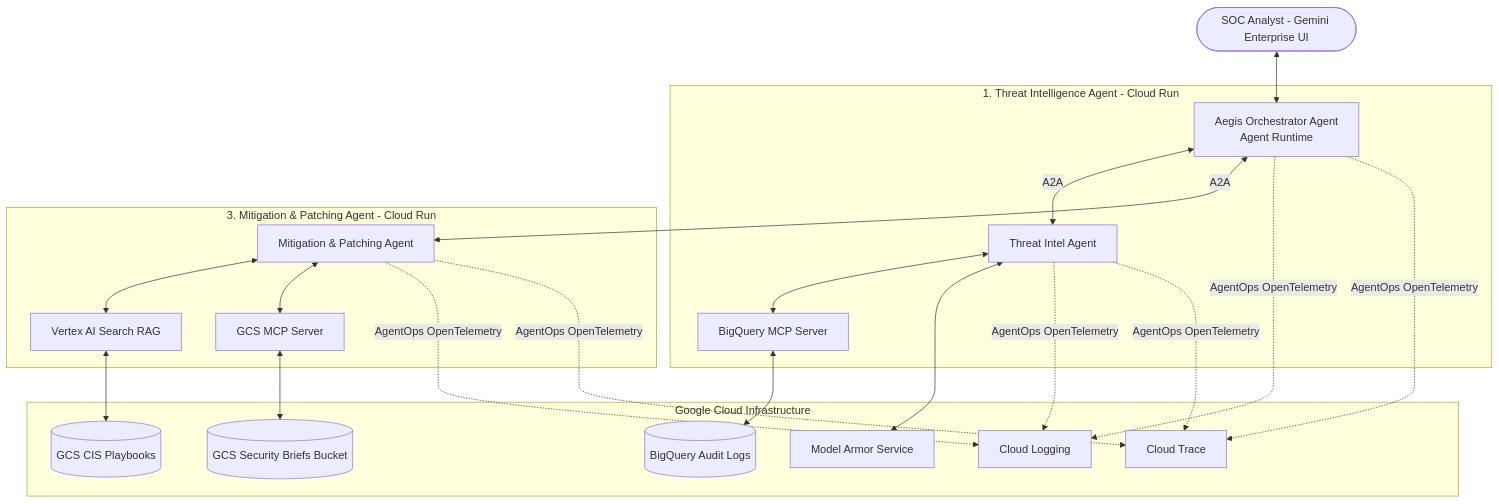
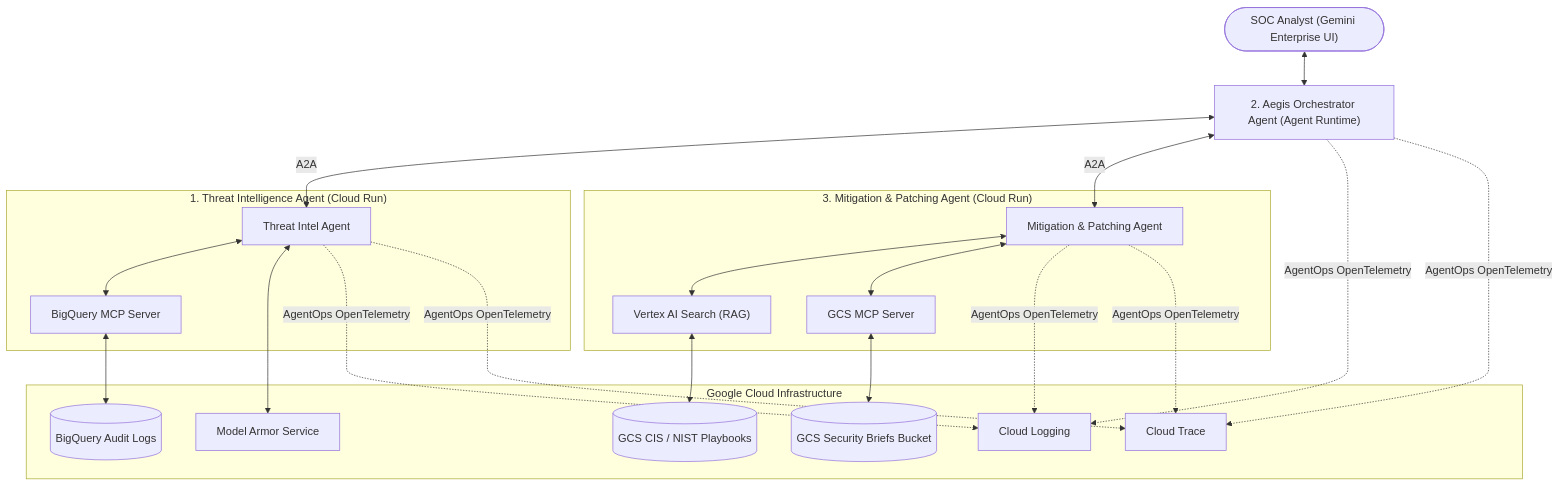
The diagram in training/module40-advanced-capstone-aegis-incident-response/README.md (mauripsale/doc-adk-training), drawn with Mermaid before and after one commit. The commit also changed other lines of this file and 65 other files, not shown here.

````diff
--- a/training/module40-advanced-capstone-aegis-incident-response/README.md
+++ b/training/module40-advanced-capstone-aegis-incident-response/README.md
@@ -26,35 +26,44 @@
 ```mermaid
-graph TD
-    User([SOC Analyst - Gemini Enterprise UI]) <--> Orchestrator[Aegis Orchestrator Agent<br/>Agent Runtime]
-    
-    subgraph Services [Google Cloud Infrastructure]
-        ModelArmor[Model Armor Service]
-        BigQueryData[(BigQuery Audit Logs)]
-        GCSBucket[(GCS Security Briefs Bucket)]
-        GCSReference[(GCS CIS Playbooks)]
-        Logging[Cloud Logging]
-        Trace[Cloud Trace]
+flowchart TD
+    User(["SOC Analyst (Gemini Enterprise UI)"])
+    Orchestrator["2. Aegis Orchestrator Agent (Agent Runtime)"]
+
+    subgraph Services ["Google Cloud Infrastructure"]
+        ModelArmor["Model Armor Service"]
+        BigQueryData[("BigQuery Audit Logs")]
+        GCSBucket[("GCS Security Briefs Bucket")]
+        GCSReference[("GCS CIS / NIST Playbooks")]
+        Logging["Cloud Logging"]
+        Trace["Cloud Trace"]
     end
 
-    subgraph Agent1 [1. Threat Intelligence Agent - Cloud Run]
-        Orchestrator <-->|A2A| ThreatIntelAgent[Threat Intel Agent]
-        ThreatIntelAgent <--> BQMCP[BigQuery MCP Server]
-        BQMCP <--> BigQueryData
-        ThreatIntelAgent <--> ModelArmor
+    subgraph Agent1 ["1. Threat Intelligence Agent (Cloud Run)"]
+        ThreatIntelAgent["Threat Intel Agent"]
+        BQMCP["BigQuery MCP Server"]
+        ThreatIntelAgent <--> BQMCP
     end
 
-    subgraph Agent3 [3. Mitigation & Patching Agent - Cloud Run]
-        Orchestrator <-->|A2A| MitigationAgent[Mitigation & Patching Agent]
-        MitigationAgent <--> RAG[Vertex AI Search RAG]
-        RAG <--> GCSReference
-        MitigationAgent <--> GCS_MCP[GCS MCP Server]
-        GCS_MCP <--> GCSBucket
+    subgraph Agent3 ["3. Mitigation & Patching Agent (Cloud Run)"]
+        MitigationAgent["Mitigation & Patching Agent"]
+        RAG["Vertex AI Search (RAG)"]
+        GCS_MCP["GCS MCP Server"]
+        MitigationAgent <--> RAG
+        MitigationAgent <--> GCS_MCP
     end
 
-    ThreatIntelAgent -.->|AgentOps OpenTelemetry| Logging
-    Orchestrator -.->|AgentOps OpenTelemetry| Logging
-    MitigationAgent -.->|AgentOps OpenTelemetry| Logging
-    ThreatIntelAgent -.->|AgentOps OpenTelemetry| Trace
-    Orchestrator -.->|AgentOps OpenTelemetry| Trace
-    MitigationAgent -.->|AgentOps OpenTelemetry| Trace
+    User <--> Orchestrator
+    Orchestrator <-->|"A2A"| ThreatIntelAgent
+    Orchestrator <-->|"A2A"| MitigationAgent
+
+    BQMCP <--> BigQueryData
+    ThreatIntelAgent <--> ModelArmor
+    RAG <--> GCSReference
+    GCS_MCP <--> GCSBucket
+
+    ThreatIntelAgent -.->|"AgentOps OpenTelemetry"| Logging
+    Orchestrator -.->|"AgentOps OpenTelemetry"| Logging
+    MitigationAgent -.->|"AgentOps OpenTelemetry"| Logging
+    ThreatIntelAgent -.->|"AgentOps OpenTelemetry"| Trace
+    Orchestrator -.->|"AgentOps OpenTelemetry"| Trace
+    MitigationAgent -.->|"AgentOps OpenTelemetry"| Trace
 ```
````
